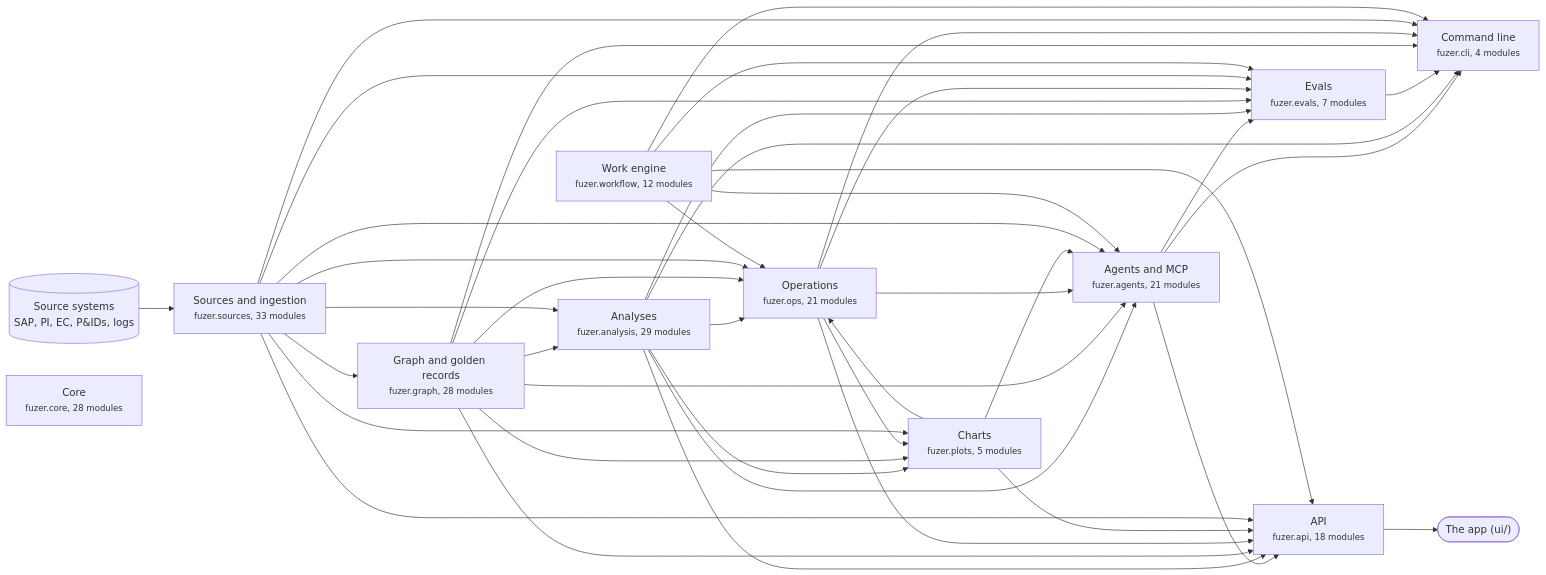
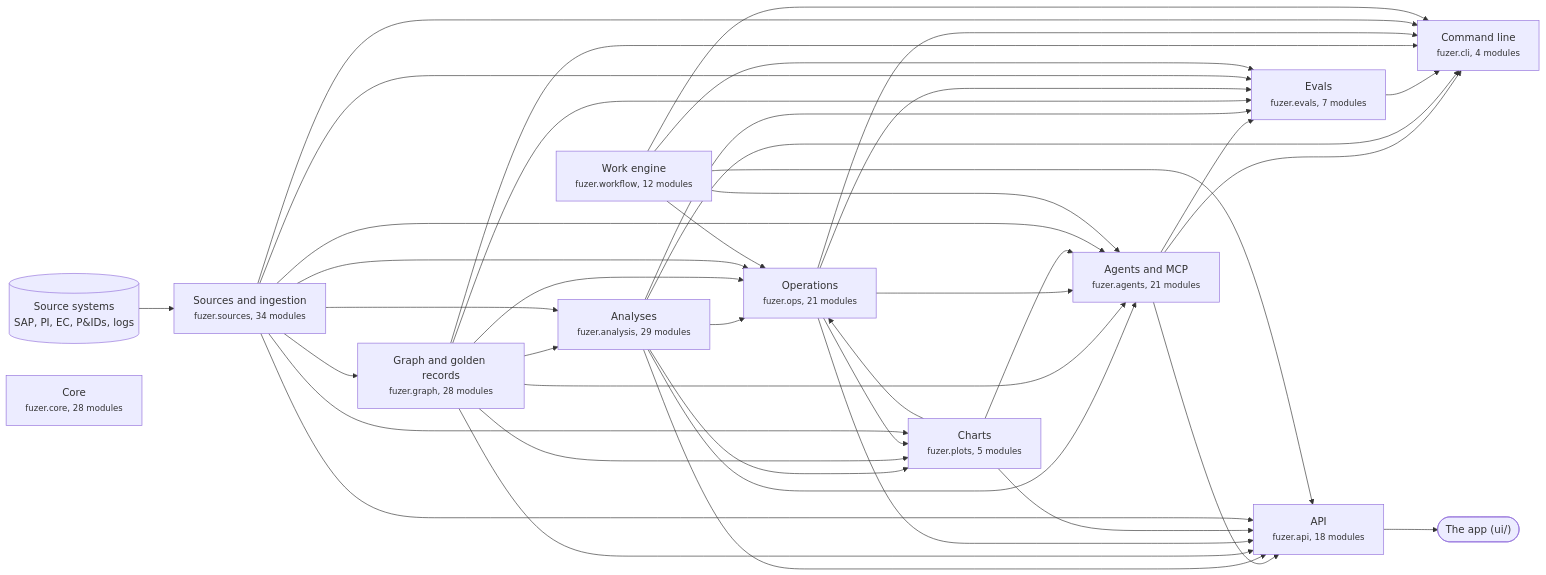
The first of 3 diagrams in docs/architecture.md (areed145/fuzer), drawn with Mermaid before and after one commit. The commit also changed other lines of this file and 12 other files, not shown here.

````diff
--- a/docs/architecture.md
+++ b/docs/architecture.md
@@ -8,66 +8,66 @@
 ```mermaid
 flowchart LR
   systems[("Source systems<br>SAP, PI, EC, P&IDs, logs")] --> c_sources
   app(["The app (ui/)"])
   c_api --> app
-  c_sources["Sources and ingestion<br><small>fuzer.sources, 33 modules</small>"]
+  c_sources["Sources and ingestion<br><small>fuzer.sources, 34 modules</small>"]
   c_graph["Graph and golden records<br><small>fuzer.graph, 28 modules</small>"]
   c_analysis["Analyses<br><small>fuzer.analysis, 29 modules</small>"]
   c_ops["Operations<br><small>fuzer.ops, 21 modules</small>"]
   c_plots["Charts<br><small>fuzer.plots, 5 modules</small>"]
   c_workflow["Work engine<br><small>fuzer.workflow, 12 modules</small>"]
   c_agents["Agents and MCP<br><small>fuzer.agents, 21 modules</small>"]
   c_evals["Evals<br><small>fuzer.evals, 7 modules</small>"]
   c_api["API<br><small>fuzer.api, 18 modules</small>"]
   c_cli["Command line<br><small>fuzer.cli, 4 modules</small>"]
   c_core["Core<br><small>fuzer.core, 28 modules</small>"]
   c_sources --> c_graph
   c_graph --> c_analysis
   c_sources --> c_analysis
   c_analysis --> c_ops
   c_graph --> c_ops
   c_plots --> c_ops
   c_sources --> c_ops
   c_workflow --> c_ops
   c_analysis --> c_plots
   c_graph --> c_plots
   c_ops --> c_plots
   c_sources --> c_plots
   c_analysis --> c_agents
   c_graph --> c_agents
   c_ops --> c_agents
   c_plots --> c_agents
   c_sources --> c_agents
   c_workflow --> c_agents
   c_agents --> c_evals
   c_analysis --> c_evals
   c_graph --> c_evals
   c_ops --> c_evals
   c_sources --> c_evals
   c_workflow --> c_evals
   c_agents --> c_api
   c_analysis --> c_api
   c_graph --> c_api
   c_ops --> c_api
   c_plots --> c_api
   c_sources --> c_api
   c_workflow --> c_api
   c_agents --> c_cli
   c_analysis --> c_cli
   c_evals --> c_cli
   c_graph --> c_cli
   c_ops --> c_cli
   c_sources --> c_cli
   c_workflow --> c_cli
   click c_sources "https://github.com/areed145/fuzer/tree/main/src/fuzer/sources"
   click c_graph "https://github.com/areed145/fuzer/tree/main/src/fuzer/graph"
   click c_analysis "https://github.com/areed145/fuzer/tree/main/src/fuzer/analysis"
   click c_ops "https://github.com/areed145/fuzer/tree/main/src/fuzer/ops"
   click c_plots "https://github.com/areed145/fuzer/tree/main/src/fuzer/plots"
   click c_workflow "https://github.com/areed145/fuzer/tree/main/src/fuzer/workflow"
   click c_agents "https://github.com/areed145/fuzer/tree/main/src/fuzer/agents"
   click c_evals "https://github.com/areed145/fuzer/tree/main/src/fuzer/evals"
   click c_api "https://github.com/areed145/fuzer/tree/main/src/fuzer/api"
   click c_cli "https://github.com/areed145/fuzer/tree/main/src/fuzer/cli"
   click c_core "https://github.com/areed145/fuzer/tree/main/src/fuzer/core"
 ```
````
